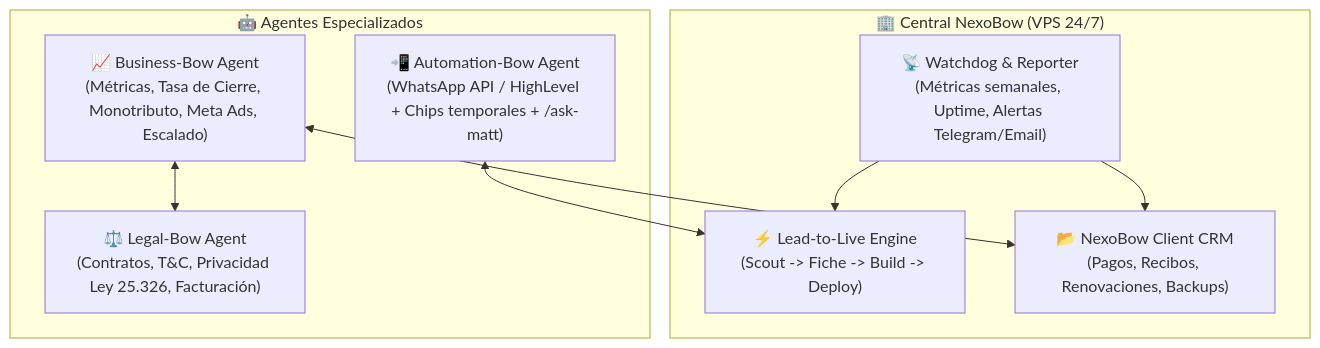
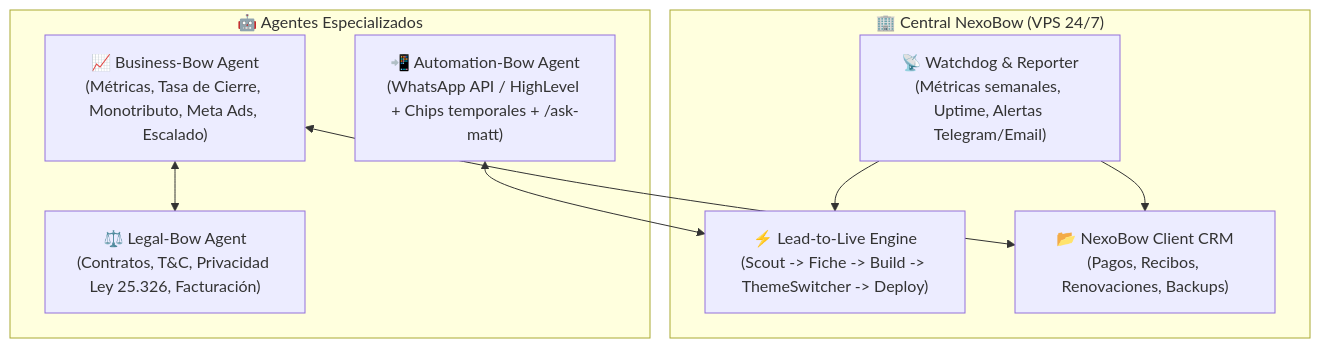
Before and after one commit to juanmamerodio/NexoBow: the diagram in ROUTEMAP.md, drawn with Mermaid. The commit also changed other lines of this file and 1 other file, not shown here.

Commit message:
docs: add SPEC for archetype decoupling and preview theme switcher

````diff
--- a/ROUTEMAP.md
+++ b/ROUTEMAP.md
@@ -37,20 +48,20 @@
 ```mermaid
 flowchart TD
     subgraph NucleoOperativo ["🏢 Central NexoBow (VPS 24/7)"]
-        LeadToLive["⚡ Lead-to-Live Engine<br/>(Scout -> Fiche -> Build -> Deploy)"]
+        LeadToLive["⚡ Lead-to-Live Engine<br/>(Scout -> Fiche -> Build -> ThemeSwitcher -> Deploy)"]
         CRM["📂 NexoBow Client CRM<br/>(Pagos, Recibos, Renovaciones, Backups)"]
         Watchdog["📡 Watchdog & Reporter<br/>(Métricas semanales, Uptime, Alertas Telegram/Email)"]
     end
 
     subgraph AgentesEspecializados ["🤖 Agentes Especializados"]
         BizAgent["📈 Business-Bow Agent<br/>(Métricas, Tasa de Cierre, Monotributo, Meta Ads, Escalado)"]
         LegalAgent["⚖️ Legal-Bow Agent<br/>(Contratos, T&C, Privacidad Ley 25.326, Facturación)"]
         AutoAgent["📲 Automation-Bow Agent<br/>(WhatsApp API / HighLevel + Chips temporales + /ask-matt)"]
     end
 
     BizAgent <--> LegalAgent
     BizAgent <--> CRM
     AutoAgent <--> LeadToLive
     Watchdog --> LeadToLive
     Watchdog --> CRM
 ```
````
